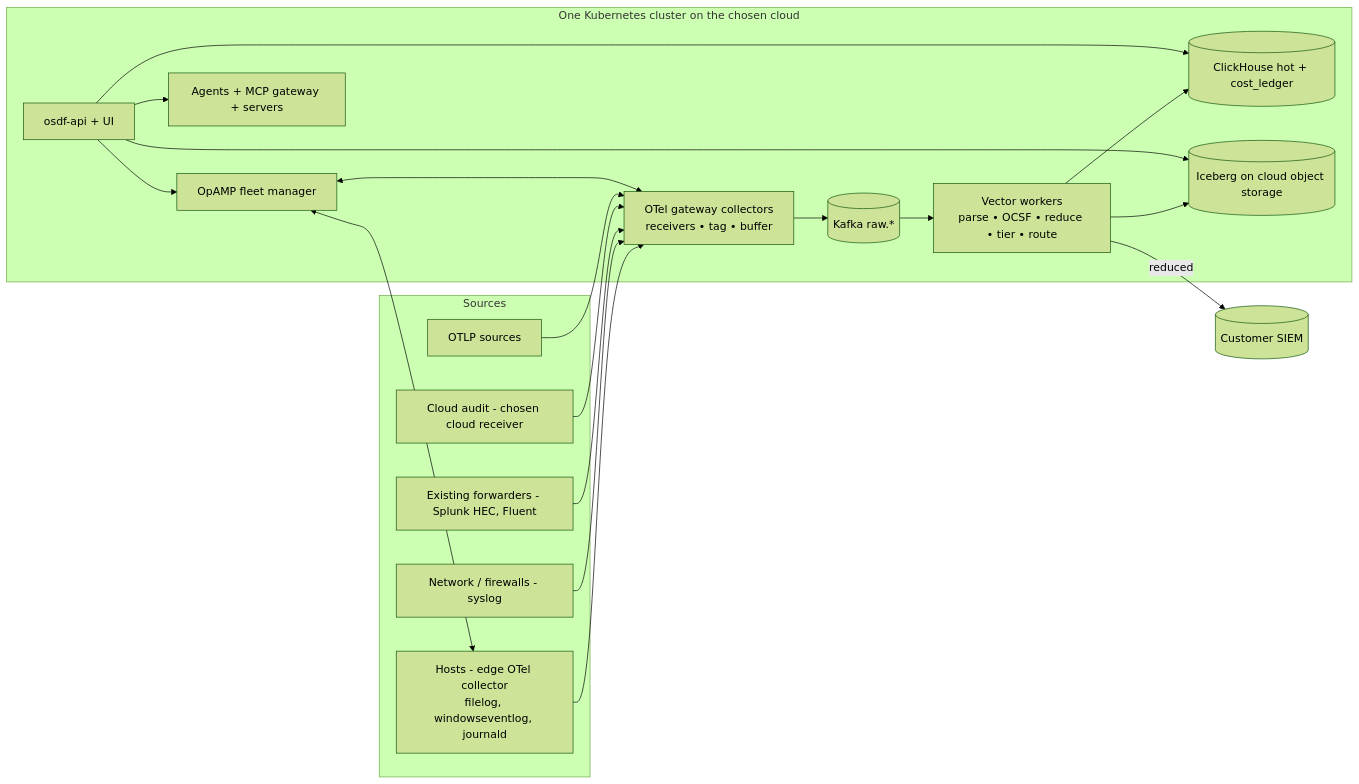
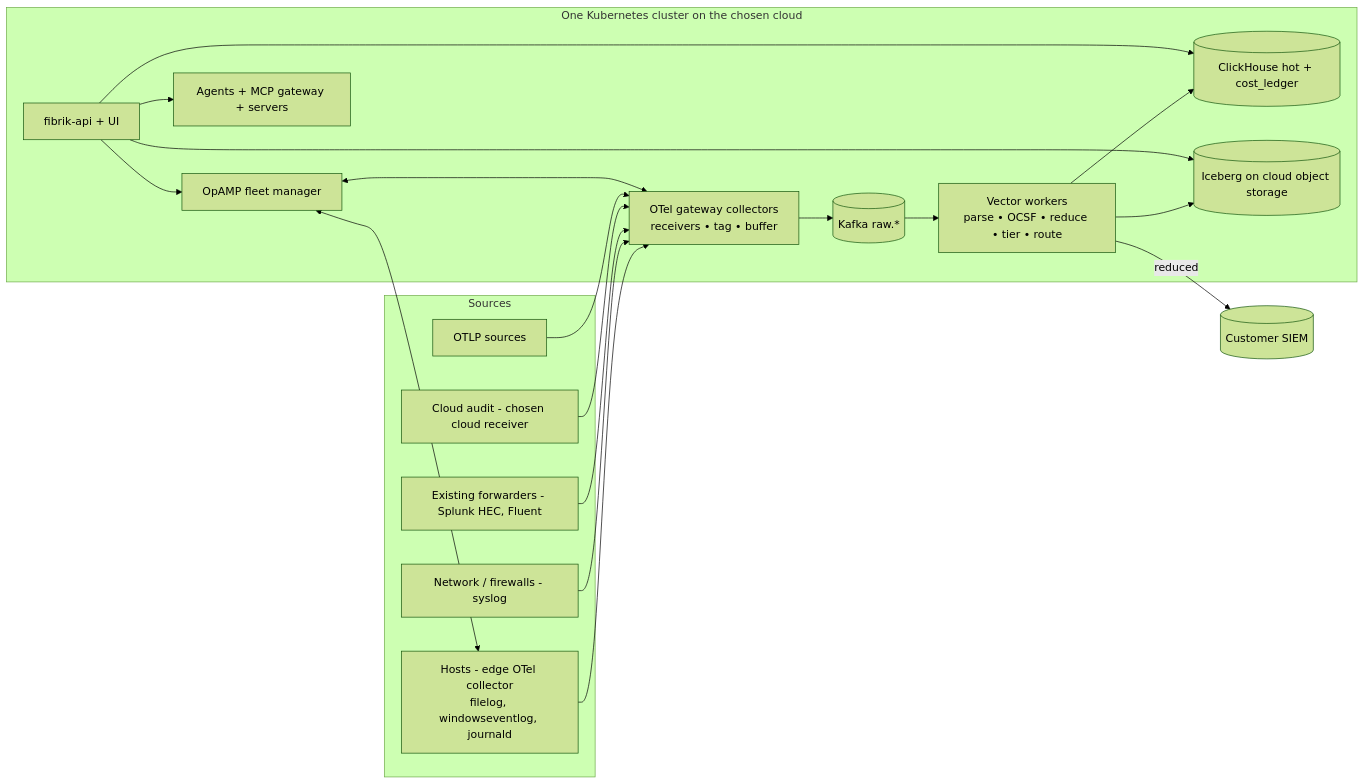
Before and after one commit to SClinton/fibrik: the diagram in mvp-scope.md, drawn with Mermaid (forest theme). The commit also changed other lines of this file and 9 other files, not shown here.

First line of the commit message:
Rename project from OSDF to Fibrik

````diff
--- a/mvp-scope.md
+++ b/mvp-scope.md
@@ -351,28 +351,28 @@
 ```mermaid
 flowchart LR
   subgraph Sources
     H[Hosts - edge OTel collector<br/>filelog, windowseventlog, journald]
     N[Network / firewalls - syslog]
     F[Existing forwarders - Splunk HEC, Fluent]
     C[Cloud audit - chosen cloud receiver]
     O[OTLP sources]
   end
   subgraph Platform[One Kubernetes cluster on the chosen cloud]
     GW[OTel gateway collectors<br/>receivers • tag • buffer]
     OP[OpAMP fleet manager]
     K[(Kafka raw.*)]
     V[Vector workers<br/>parse • OCSF • reduce • tier • route]
     CH[(ClickHouse hot + cost_ledger)]
     ICE[(Iceberg on cloud object storage)]
-    API[osdf-api + UI]
+    API[fibrik-api + UI]
     AG[Agents + MCP gateway + servers]
   end
   SIEM[(Customer SIEM)]
   H --> GW
   N & F & C & O --> GW
   OP <--> GW & H
   GW --> K --> V
   V --> CH & ICE
   V -- reduced --> SIEM
   API --> OP & CH & ICE & AG
 ```
````
